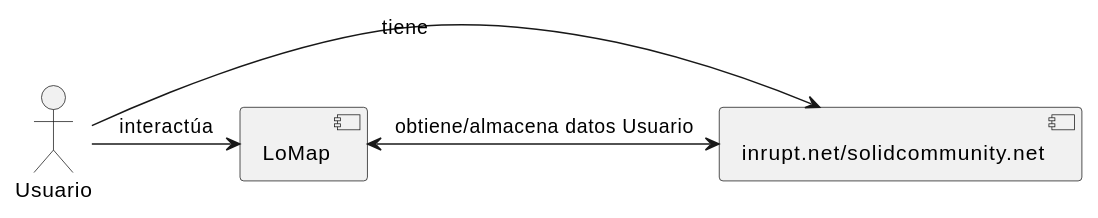
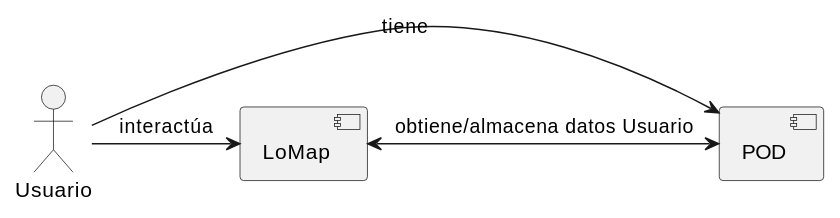
The first of 2 diagrams in docs/05_building_block_view.adoc (franciscocoya/lomapes05a_production), drawn with PlantUML before and after one commit. The commit also changed other lines of this file and 105 other files, not shown here.

```diff
--- a/docs/05_building_block_view.adoc
+++ b/docs/05_building_block_view.adoc
@@ -8,10 +8,10 @@
 [plantuml, "whitebox-overall-system", png]
 ----
 actor Usuario
 Component LoMap
-Component pod as "inrupt.net/solidcommunity.net"
+Component pod as "POD"
 
 Usuario -right-> LoMap: interactúa
 Usuario -right-> pod: tiene
 LoMap <-right-> pod: obtiene/almacena datos Usuario
 ----
```
